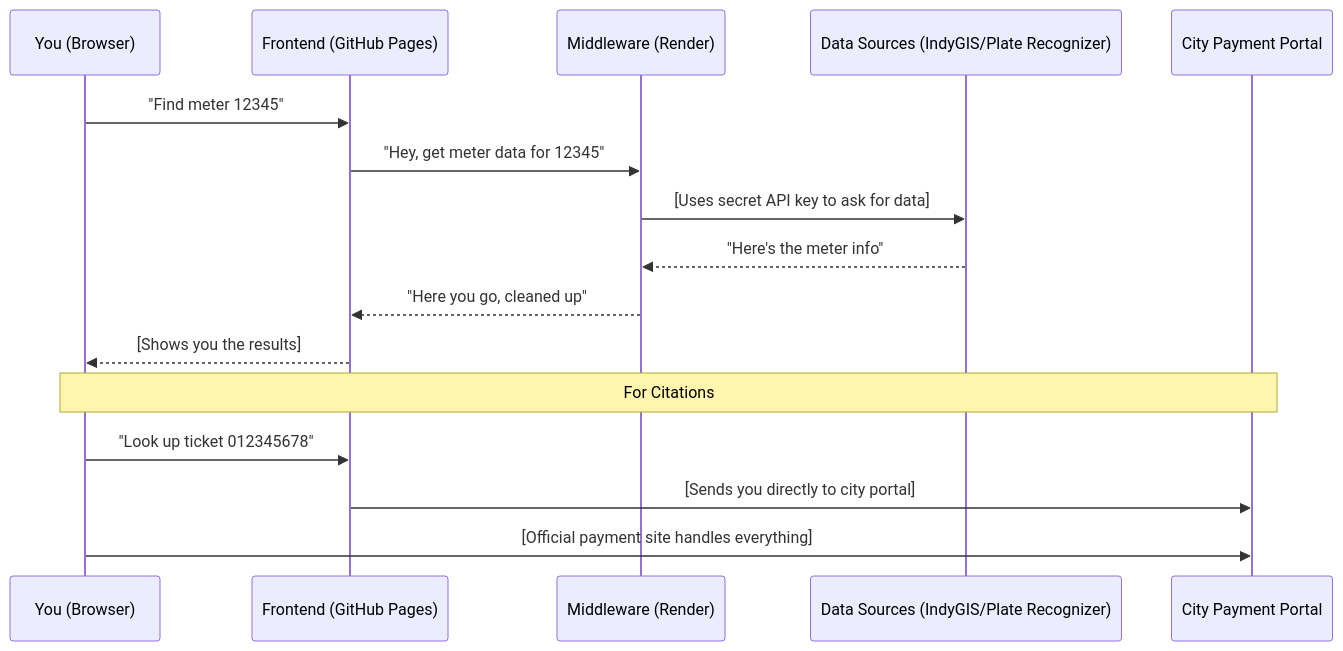
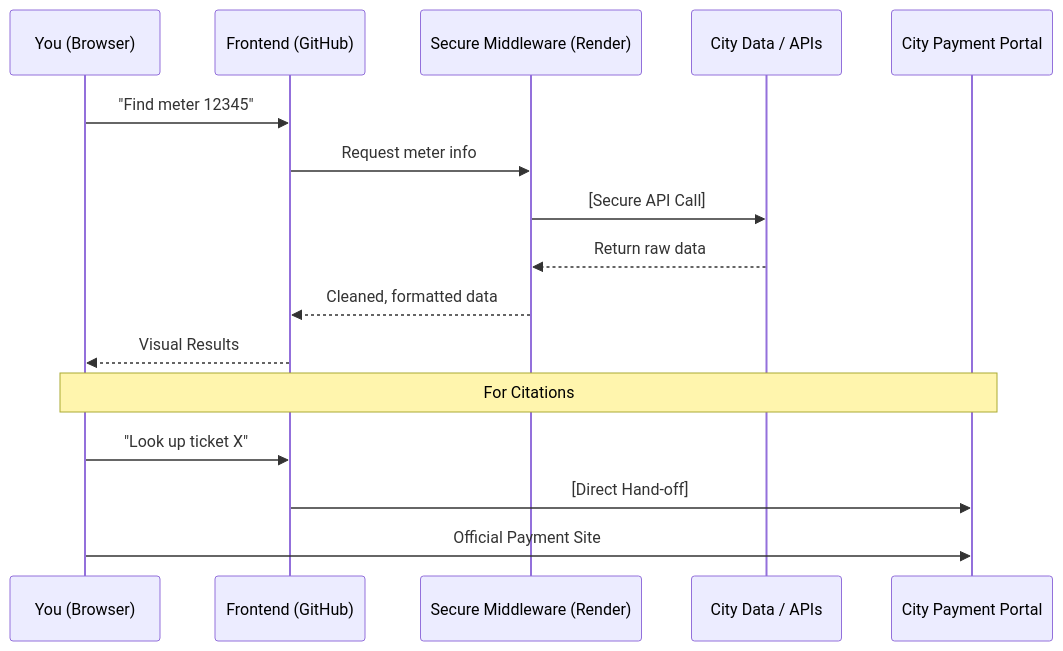
The diagram in README.md (dugann/indy-locator-web), drawn with Mermaid before and after one commit. The commit also changed other lines of this file, not shown here.

````diff
--- a/README.md
+++ b/README.md
@@ -34,20 +32,20 @@
 ```mermaid
 sequenceDiagram
     participant U as You (Browser)
-    participant F as Frontend (GitHub Pages)
-    participant B as Middleware (Render)
-    participant E as Data Sources (IndyGIS/Plate Recognizer)
+    participant F as Frontend (GitHub)
+    participant B as Secure Middleware (Render)
+    participant E as City Data / APIs
     participant P as City Payment Portal
 
     U->>F: "Find meter 12345"
-    F->>B: "Hey, get meter data for 12345"
-    B->>E: [Uses secret API key to ask for data]
-    E-->>B: "Here's the meter info"
-    B-->>F: "Here you go, cleaned up"
-    F-->>U: [Shows you the results]
+    F->>B: Request meter info
+    B->>E: [Secure API Call]
+    E-->>B: Return raw data
+    B-->>F: Cleaned, formatted data
+    F-->>U: Visual Results
     
     Note over U,P: For Citations
-    U->>F: "Look up ticket 012345678"
-    F->>P: [Sends you directly to city portal]
-    U->>P: [Official payment site handles everything]
+    U->>F: "Look up ticket X"
+    F->>P: [Direct Hand-off]
+    U->>P: Official Payment Site
 ```
````
